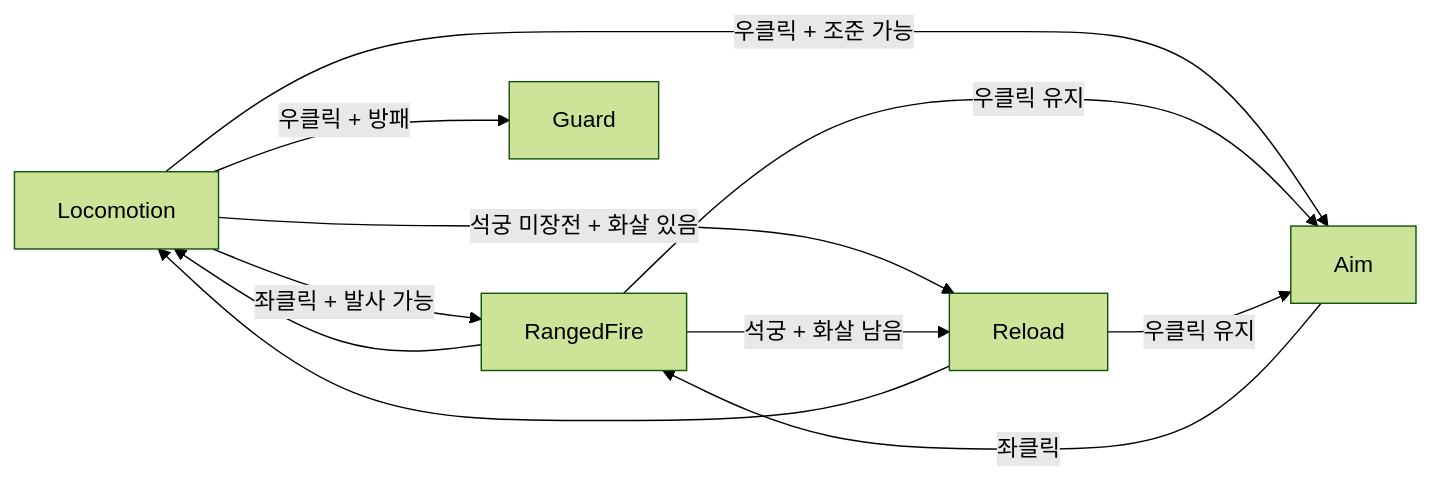
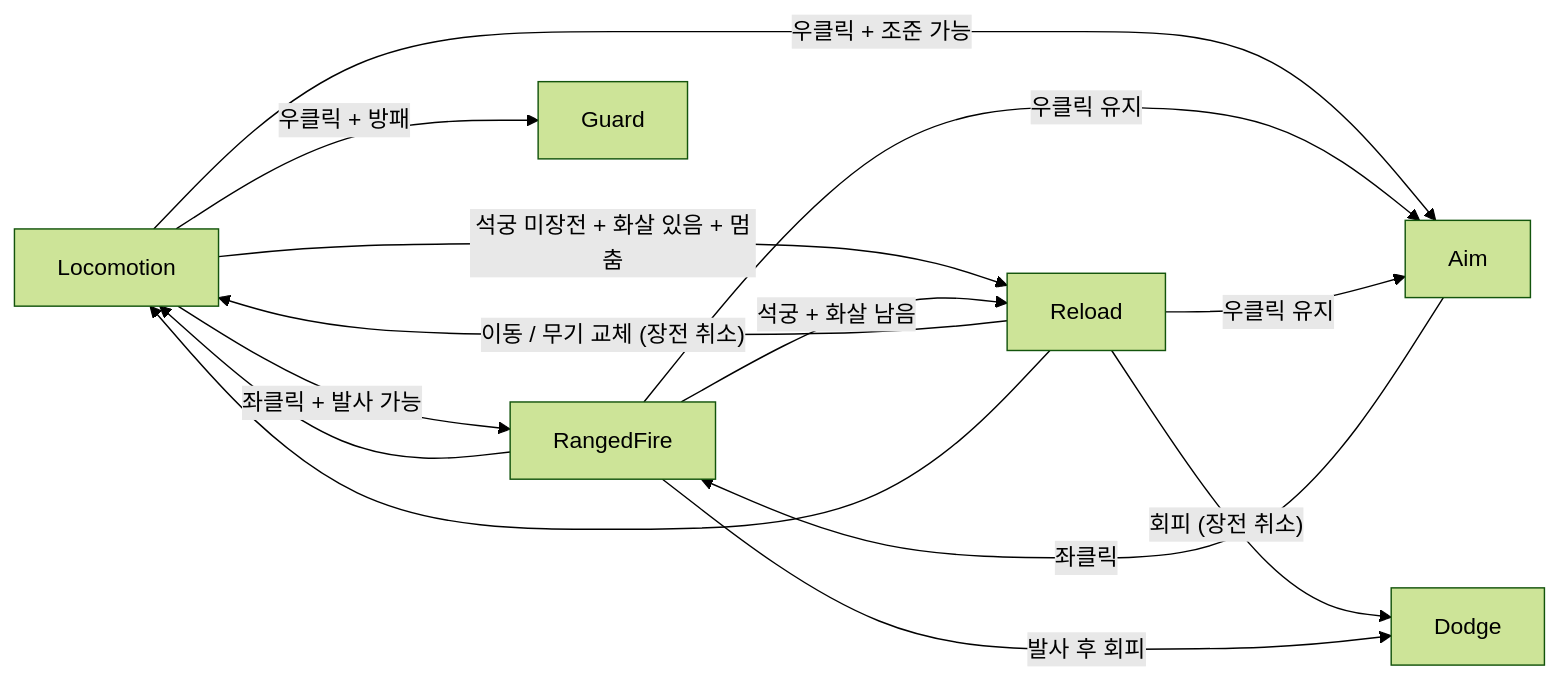
Before and after one commit to dbzltldpf/project-fantasy: the diagram in Docs/Features/RangedCombat.md, drawn with Mermaid (forest theme). The commit also changed other lines of this file and 9 other files, not shown here.

Commit message:
docs: 빌드 전 다듬기 문서 갱신 (Settings·UI·Dev·Flow·RangedCombat·Player·Combat·Weapon·인스펙터 가이드·README)

````diff
--- a/Docs/Features/RangedCombat.md
+++ b/Docs/Features/RangedCombat.md
@@ -37,13 +41,16 @@
 ```mermaid
 flowchart LR
     Locomotion -->|"좌클릭 + 발사 가능"| RangedFire
     Locomotion -->|"우클릭 + 조준 가능"| Aim
     Locomotion -->|"우클릭 + 방패"| Guard
-    Locomotion -->|"석궁 미장전 + 화살 있음"| Reload
+    Locomotion -->|"석궁 미장전 + 화살 있음 + 멈춤"| Reload
     Aim -->|"좌클릭"| RangedFire
     RangedFire -->|"석궁 + 화살 남음"| Reload
     RangedFire -->|"우클릭 유지"| Aim
     RangedFire --> Locomotion
     Reload -->|"우클릭 유지"| Aim
+    Reload -->|"이동 / 무기 교체 (장전 취소)"| Locomotion
+    Reload -->|"회피 (장전 취소)"| Dodge
+    RangedFire -->|"발사 후 회피"| Dodge
     Reload --> Locomotion
 ```
````
